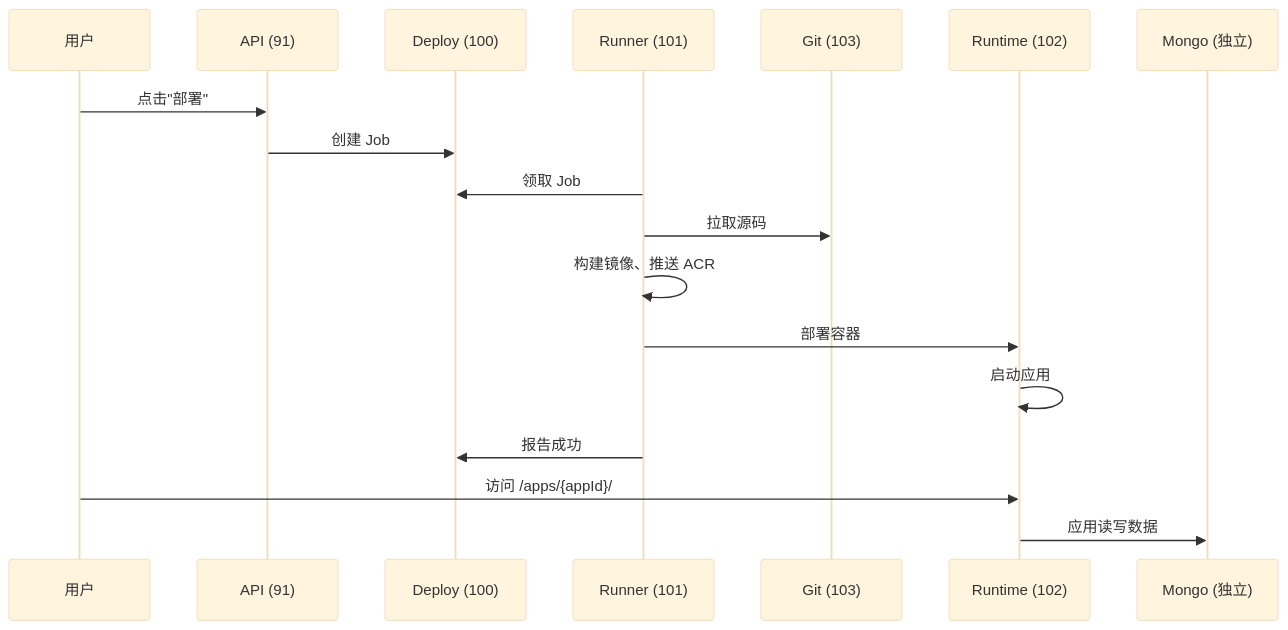
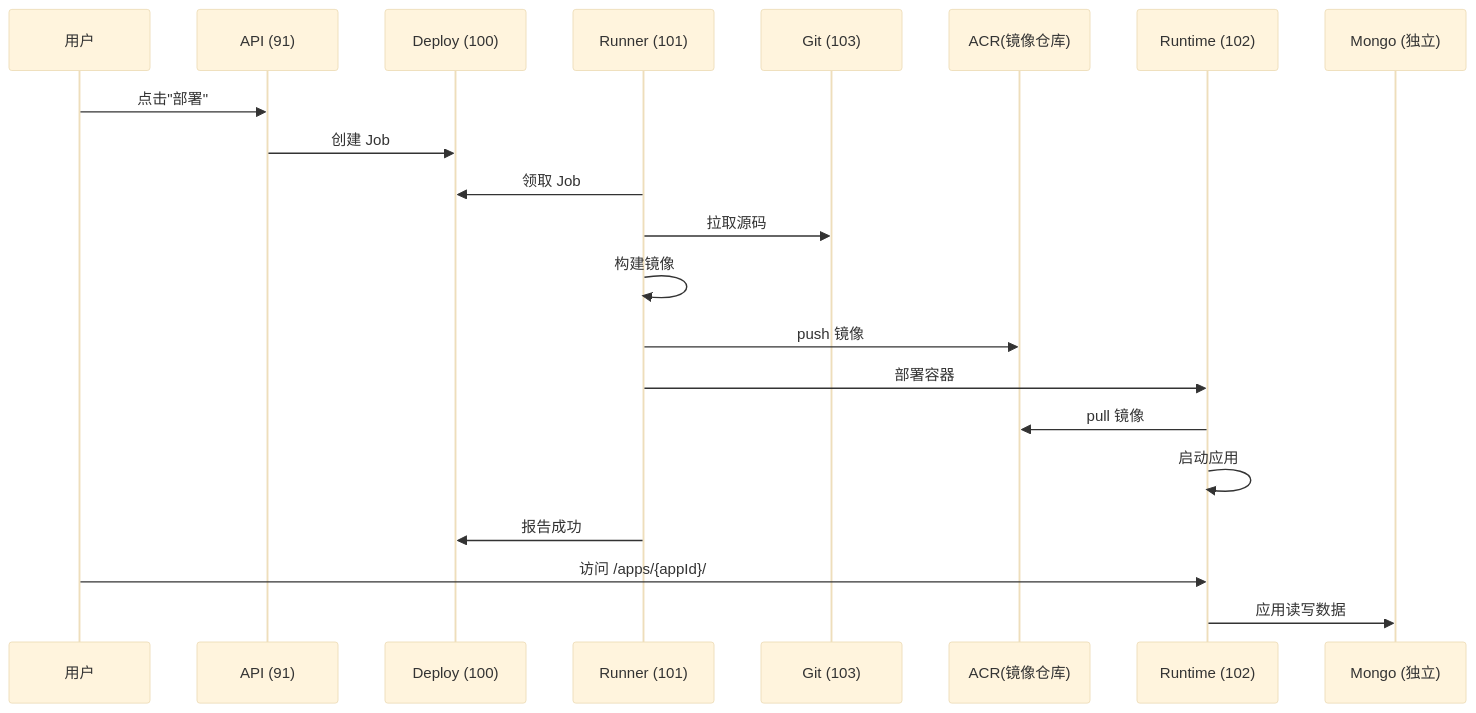
One commit to ruiAndroid/fun-ai-studio-api changed the third of 4 diagrams in src/main/resources/doc/domains/architecture/README.md. Above: the diagram before and after it, drawn with Mermaid (base theme). The commit also changed other lines of this file, not shown here.

````diff
--- a/src/main/resources/doc/domains/architecture/README.md
+++ b/src/main/resources/doc/domains/architecture/README.md
@@ -143,23 +149,26 @@
 ```mermaid
 sequenceDiagram
     participant U as 用户
     participant API as API (91)
     participant D as Deploy (100)
     participant R as Runner (101)
     participant Git as Git (103)
+    participant ACR as ACR(镜像仓库)
     participant RT as Runtime (102)
     participant M as Mongo (独立)
 
     U->>API: 点击"部署"
     API->>D: 创建 Job
 
     R->>D: 领取 Job
     R->>Git: 拉取源码
-    R->>R: 构建镜像、推送 ACR
+    R->>R: 构建镜像
+    R->>ACR: push 镜像
     R->>RT: 部署容器
+    RT->>ACR: pull 镜像
     RT->>RT: 启动应用
     R->>D: 报告成功
 
     U->>RT: 访问 /apps/{appId}/
     RT->>M: 应用读写数据
 ```
````
